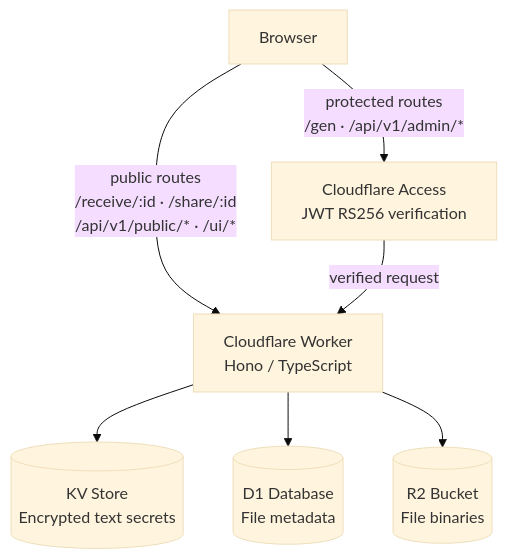
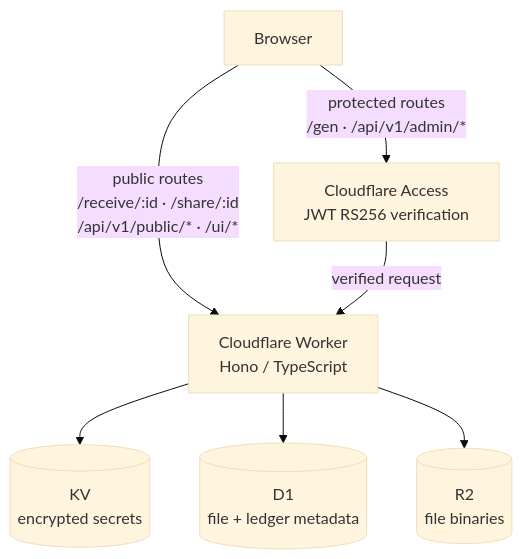
The second of 2 diagrams in README.md (maciekaz/Edge-Secrets), drawn with Mermaid (base theme) before and after one commit. The commit also changed other lines of this file and 10 other files, not shown here.

````diff
--- a/README.md
+++ b/README.md
@@ -460,11 +111,11 @@
 ```mermaid
 flowchart TD
     Browser -->|"protected routes<br/>/gen · /api/v1/admin/*"| CFA["Cloudflare Access<br/>JWT RS256 verification"]
     Browser -->|"public routes<br/>/receive/:id · /share/:id<br/>/api/v1/public/* · /ui/*"| Worker
 
     CFA -->|verified request| Worker["Cloudflare Worker<br/>Hono / TypeScript"]
 
-    Worker --> KV[("KV Store<br/>Encrypted text secrets")]
-    Worker --> D1[("D1 Database<br/>File metadata")]
-    Worker --> R2[("R2 Bucket<br/>File binaries")]
+    Worker --> KV[("KV<br/>encrypted secrets")]
+    Worker --> D1[("D1<br/>file + ledger metadata")]
+    Worker --> R2[("R2<br/>file binaries")]
 ```
````
